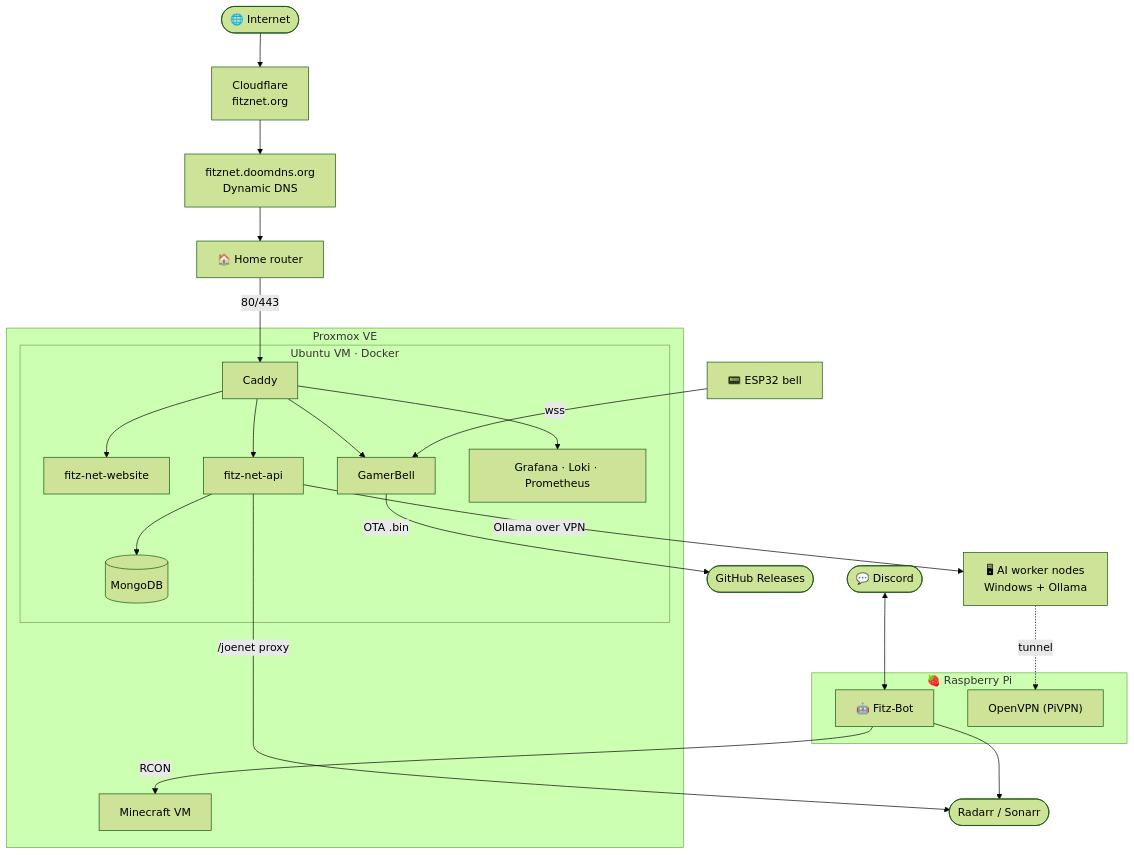
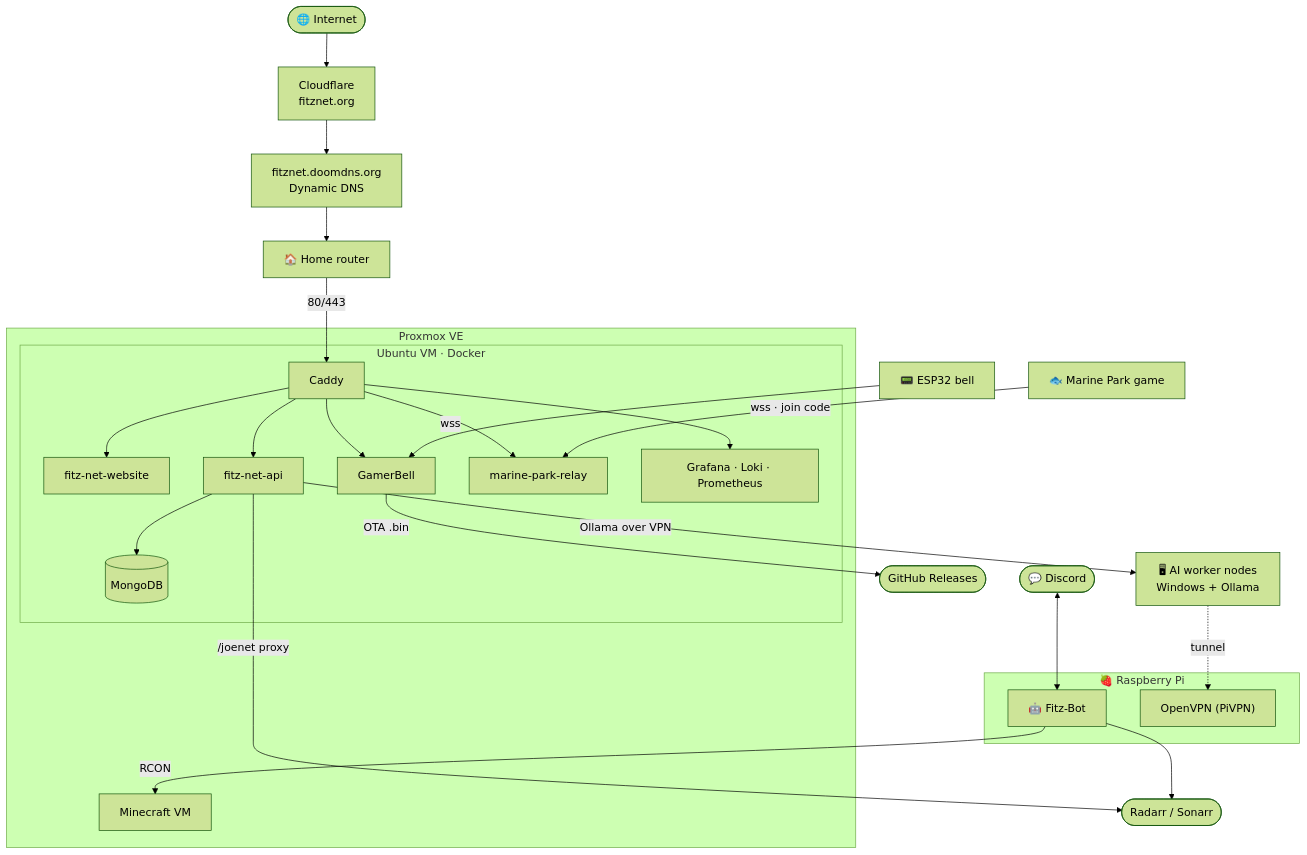
The diagram in README.md (mattlol85/Fitz-Net), drawn with Mermaid (forest theme) before and after one commit. The commit also changed other lines of this file and 10 other files, not shown here.

First line of the commit message:
feat(relay): host the marine park join-code relay at relay.fitznet.org (#91)

````diff
--- a/README.md
+++ b/README.md
@@ -40,34 +41,36 @@
 ```mermaid
 graph TD
     Internet(["🌐 Internet"]) --> CF["Cloudflare<br/>fitznet.org"] --> DDNS["fitznet.doomdns.org<br/>Dynamic DNS"] --> Router["🏠 Home router"]
 
     subgraph Proxmox["Proxmox VE"]
         subgraph Docker["Ubuntu VM · Docker"]
             Caddy["Caddy"]
             Website["fitz-net-website"]
             API["fitz-net-api"]
             Bell["GamerBell"]
+            Relay["marine-park-relay"]
             Mongo[("MongoDB")]
             Obs["Grafana · Loki · Prometheus"]
         end
         MC["Minecraft VM"]
     end
 
     subgraph Pi["🍓 Raspberry Pi"]
         Bot["🤖 Fitz-Bot"]
         VPN["OpenVPN (PiVPN)"]
     end
 
     Router -->|"80/443"| Caddy
-    Caddy --> Website & API & Bell & Obs
+    Caddy --> Website & API & Bell & Relay & Obs
+    Game["🐟 Marine Park game"] -->|"wss · join code"| Relay
     API --> Mongo
     API -->|"Ollama over VPN"| Nodes["🖥 AI worker nodes<br/>Windows + Ollama"]
     Nodes -.->|"tunnel"| VPN
     ESP32["📟 ESP32 bell"] -->|"wss"| Bell
     Bell -->|"OTA .bin"| GH(["GitHub Releases"])
     API -->|"/joenet proxy"| Joenet(["Radarr / Sonarr"])
 
     Discord(["💬 Discord"]) <--> Bot
     Bot -->|"RCON"| MC
     Bot --> Joenet
 ```
````
